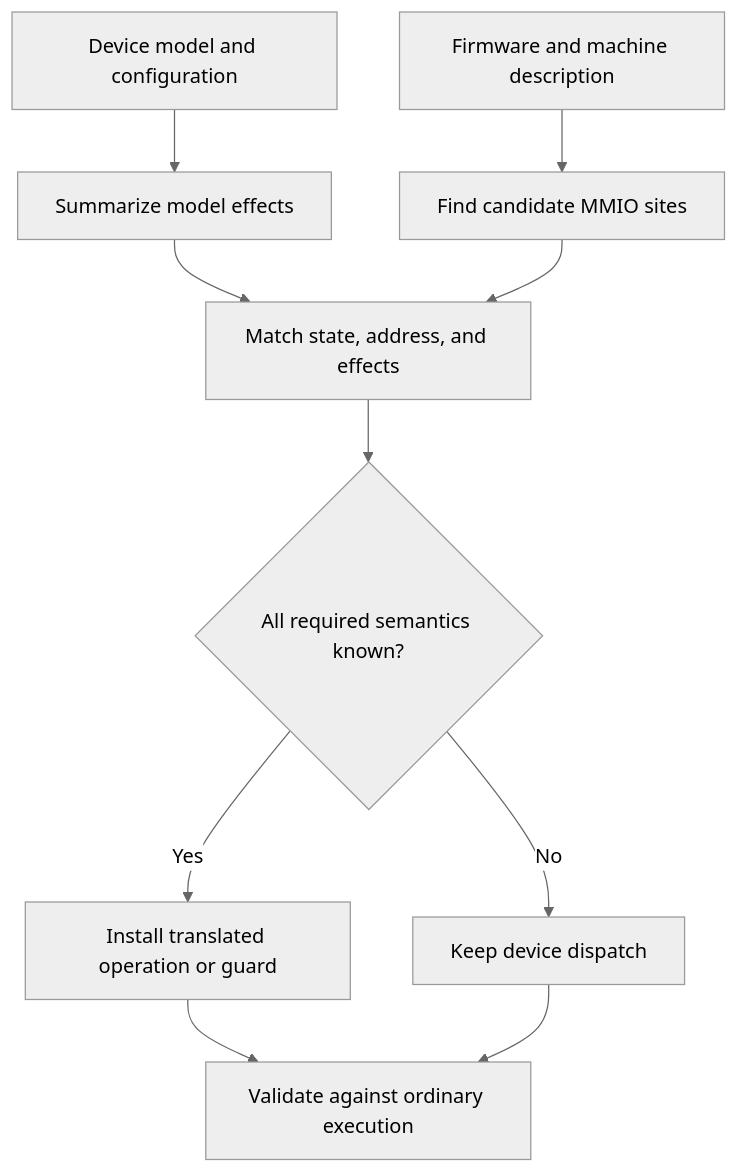
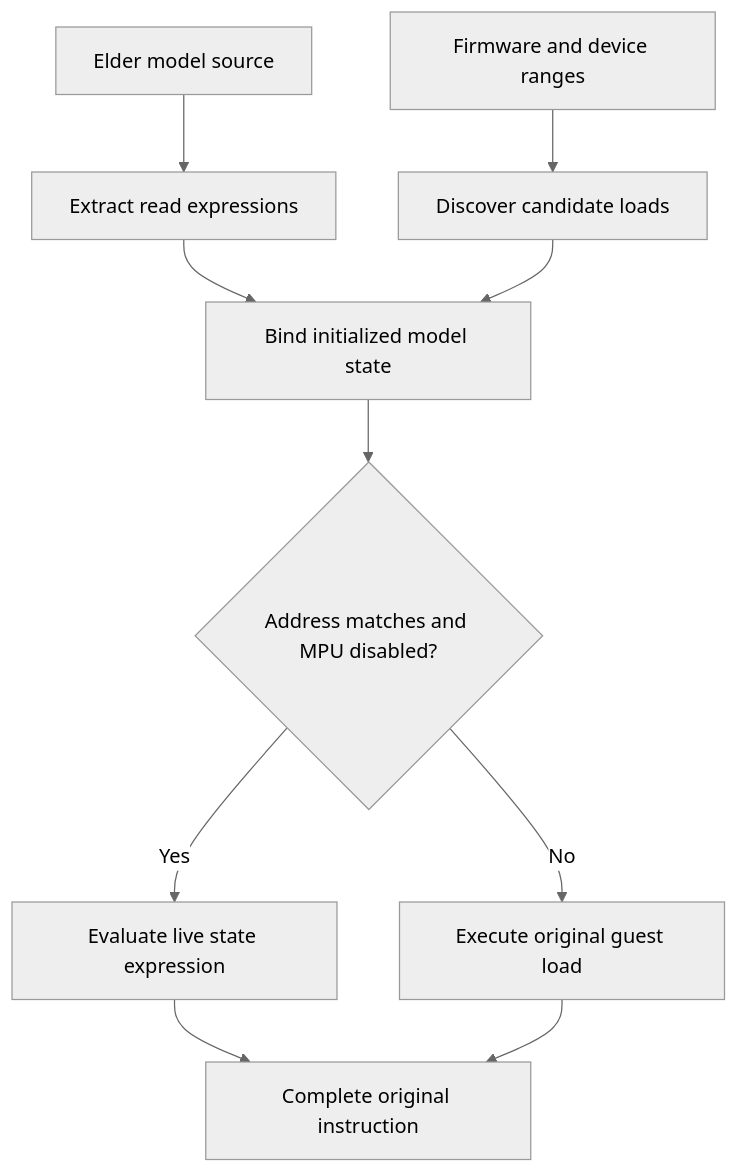
The diagram in fastdyn/src/designs/automatic-mmio.md (boardrunner2049/boardrunner2049.github.io), drawn with Mermaid (neutral theme) before and after one commit. The commit also changed other lines of this file and 20 other files, not shown here.

````diff
--- a/fastdyn/src/designs/automatic-mmio.md
+++ b/fastdyn/src/designs/automatic-mmio.md
@@ -50,12 +93,12 @@
 ```mermaid
 flowchart TD
-    A["Device model and configuration"] --> B["Summarize model effects"]
-    C["Firmware and machine description"] --> D["Find candidate MMIO sites"]
-    B --> E["Match state, address, and effects"]
+    A["Elder model source"] --> B["Extract read expressions"]
+    C["Firmware and device ranges"] --> D["Discover candidate loads"]
+    B --> E["Bind initialized model state"]
     D --> E
-    E --> F{"All required semantics known?"}
-    F -->|Yes| G["Install translated operation or guard"]
-    F -->|No| H["Keep device dispatch"]
-    G --> I["Validate against ordinary execution"]
+    E --> F{"Address matches and MPU disabled?"}
+    F -->|Yes| G["Evaluate live state expression"]
+    F -->|No| H["Execute original guest load"]
+    G --> I["Complete original instruction"]
     H --> I
 ```
````
